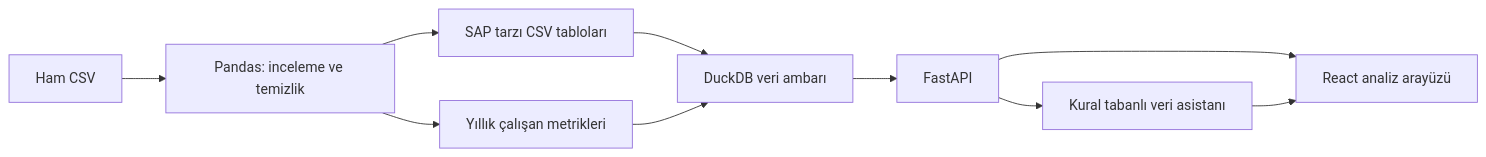
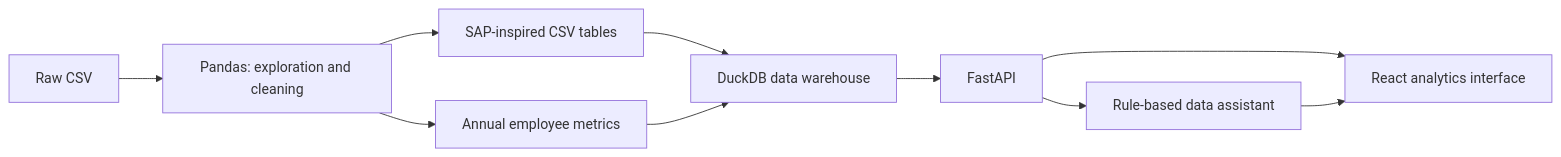
The diagram in README.md (nazlican-engineer/Mercek), drawn with Mermaid before and after one commit. The commit also changed other lines of this file, not shown here.

````diff
--- a/README.md
+++ b/README.md
@@ -217,12 +218,12 @@
 ```mermaid
 flowchart LR
-    A[Ham CSV] --> B[Pandas: inceleme ve temizlik]
-    B --> C[SAP tarzı CSV tabloları]
-    B --> D[Yıllık çalışan metrikleri]
-    C --> E[DuckDB veri ambarı]
+    A[Raw CSV] --> B[Pandas: exploration and cleaning]
+    B --> C[SAP-inspired CSV tables]
+    B --> D[Annual employee metrics]
+    C --> E[DuckDB data warehouse]
     D --> E
     E --> F[FastAPI]
-    F --> G[React analiz arayüzü]
-    F --> H[Kural tabanlı veri asistanı]
+    F --> G[React analytics interface]
+    F --> H[Rule-based data assistant]
     H --> G
 ```
````
